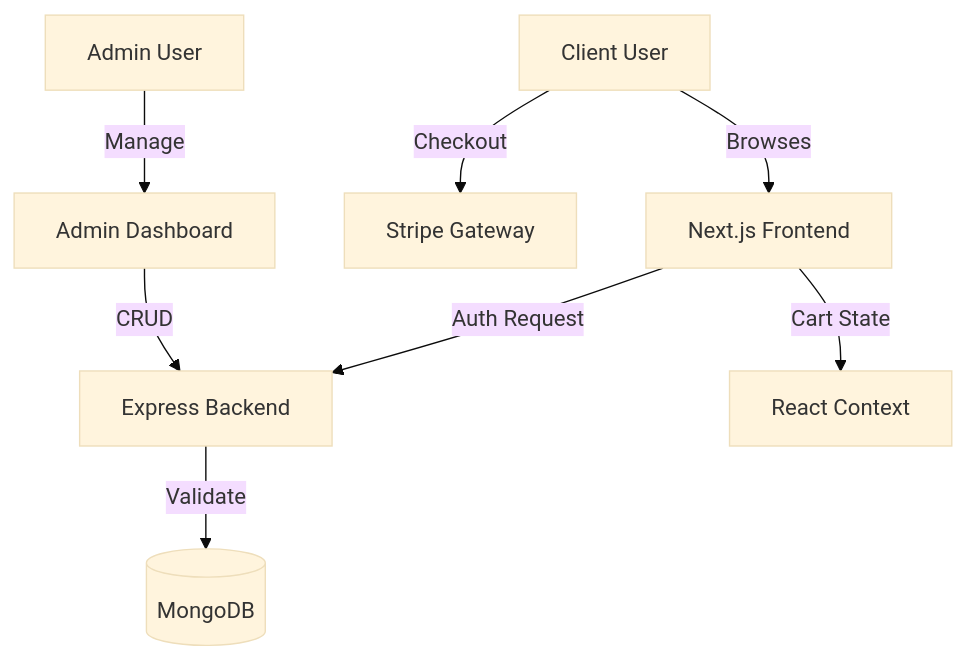
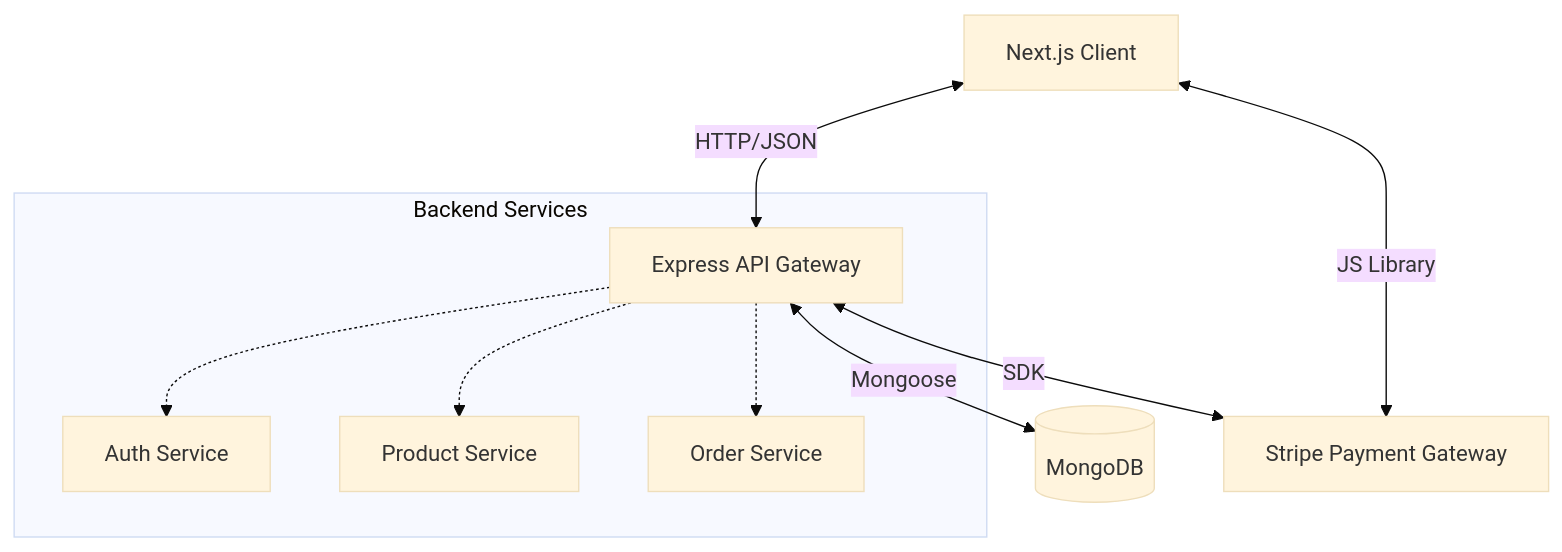
One commit to JonniTech/Simple-eCommerce-Website changed the first of 2 diagrams in README.md. Above: the diagram before and after it, drawn with Mermaid (base theme). The commit also changed other lines of this file, not shown here.

````diff
--- a/README.md
+++ b/README.md
@@ -60,12 +51,18 @@
 ```mermaid
 graph TD
-    User[Client User] -->|Browses| Front[Next.js Frontend]
-    Front -->|Auth Request| API[Express Backend]
-    API -->|Validate| DB[(MongoDB)]
-    
-    User -->|Checkout| Stripe[Stripe Gateway]
-    Front -->|Cart State| Context[React Context]
-    
-    Admin[Admin User] -->|Manage| AdminPanel[Admin Dashboard]
-    AdminPanel -->|CRUD| API
+    Client[Next.js Client] <-->|HTTP/JSON| API[Express API Gateway]
+    API <-->|Mongoose| DB[(MongoDB)]
+    API <-->|SDK| Stripe[Stripe Payment Gateway]
+    Client <-->|JS Library| Stripe
+
+    subgraph "Backend Services"
+        API
+        Auth[Auth Service]
+        Product[Product Service]
+        Order[Order Service]
+    end
+
+    API -.-> Auth
+    API -.-> Product
+    API -.-> Order
 ```
````
